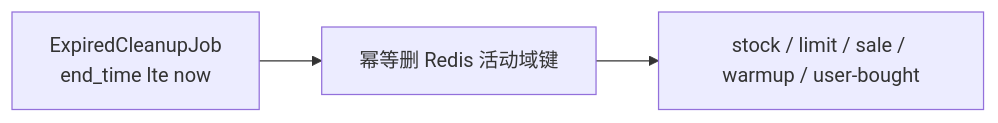
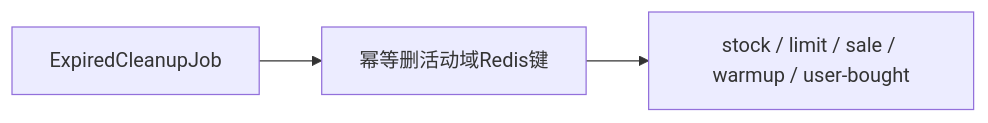
The eighth of 8 diagrams in README.md (wegod/presence), drawn with Mermaid before and after one commit. The commit also changed other lines of this file, not shown here.

First line of the commit message:
Fix README architecture diagrams to match the implemented flow.

````diff
--- a/README.md
+++ b/README.md
@@ -190,5 +205,5 @@
 ```mermaid
 flowchart LR
-  Scan["ExpiredCleanupJob<br/>end_time lte now"] --> Del["幂等删 Redis 活动域键"]
+  Scan[ExpiredCleanupJob] --> Del[幂等删活动域Redis键]
   Del --> Keys["stock / limit / sale / warmup / user-bought"]
 ```
````
